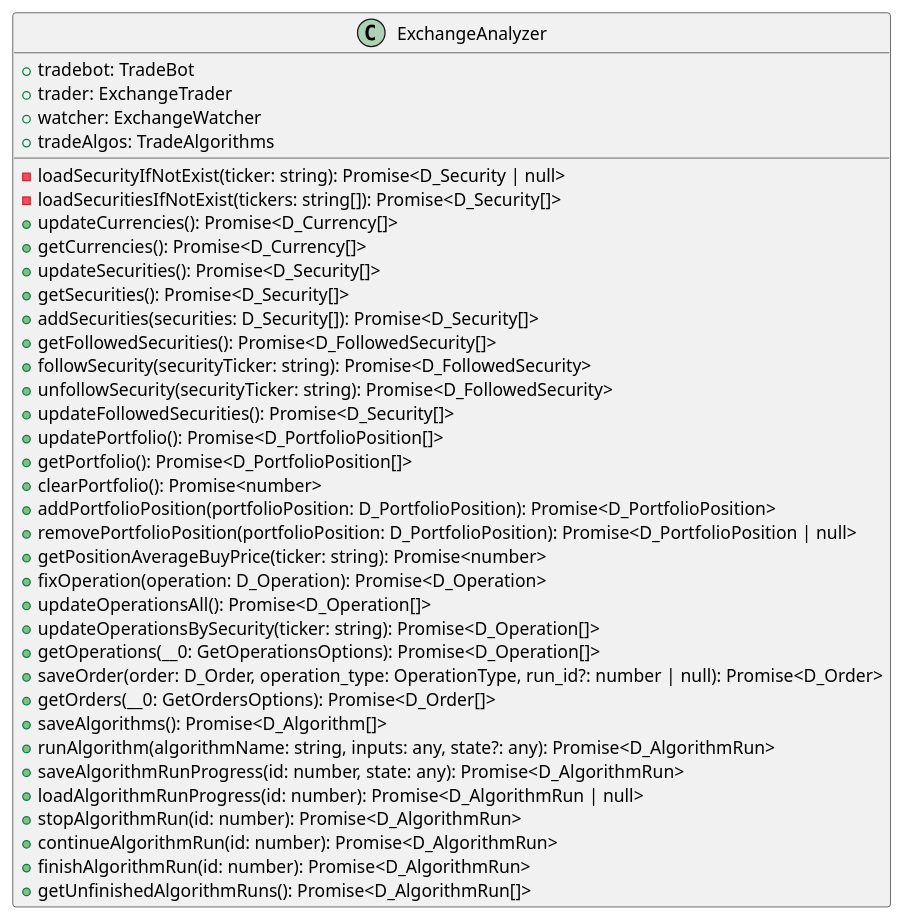
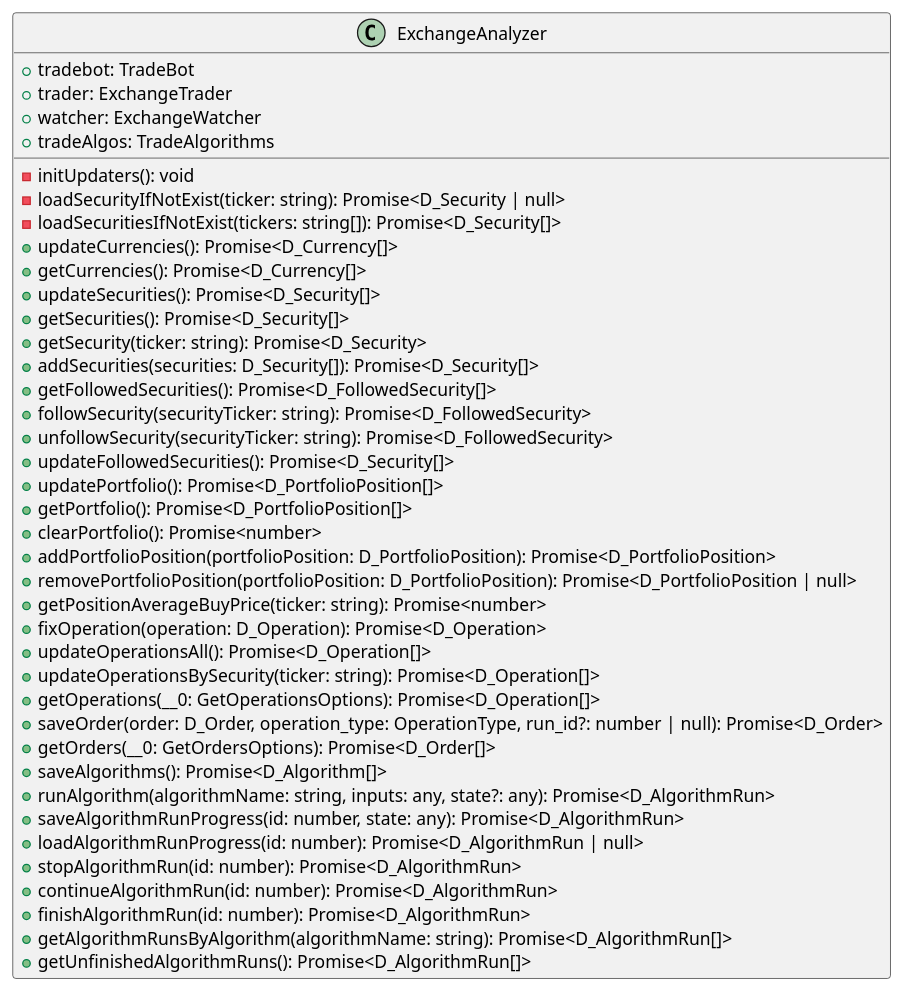
Before and after one commit to d0rich/tradeb0t: the diagram in docs/ExchangeAnalyzer.puml, drawn with PlantUML. The commit also changed 9 other files, not shown here.

```diff
--- a/docs/ExchangeAnalyzer.puml
+++ b/docs/ExchangeAnalyzer.puml
@@ -1,39 +1,42 @@
 @startuml
 class ExchangeAnalyzer {
     +tradebot: TradeBot
     +trader: ExchangeTrader
     +watcher: ExchangeWatcher
     +tradeAlgos: TradeAlgorithms
+    -initUpdaters(): void
     -loadSecurityIfNotExist(ticker: string): Promise<D_Security | null>
     -loadSecuritiesIfNotExist(tickers: string[]): Promise<D_Security[]>
     +updateCurrencies(): Promise<D_Currency[]>
     +getCurrencies(): Promise<D_Currency[]>
     +updateSecurities(): Promise<D_Security[]>
     +getSecurities(): Promise<D_Security[]>
+    +getSecurity(ticker: string): Promise<D_Security>
     +addSecurities(securities: D_Security[]): Promise<D_Security[]>
     +getFollowedSecurities(): Promise<D_FollowedSecurity[]>
     +followSecurity(securityTicker: string): Promise<D_FollowedSecurity>
     +unfollowSecurity(securityTicker: string): Promise<D_FollowedSecurity>
     +updateFollowedSecurities(): Promise<D_Security[]>
     +updatePortfolio(): Promise<D_PortfolioPosition[]>
     +getPortfolio(): Promise<D_PortfolioPosition[]>
     +clearPortfolio(): Promise<number>
     +addPortfolioPosition(portfolioPosition: D_PortfolioPosition): Promise<D_PortfolioPosition>
     +removePortfolioPosition(portfolioPosition: D_PortfolioPosition): Promise<D_PortfolioPosition | null>
     +getPositionAverageBuyPrice(ticker: string): Promise<number>
     +fixOperation(operation: D_Operation): Promise<D_Operation>
     +updateOperationsAll(): Promise<D_Operation[]>
     +updateOperationsBySecurity(ticker: string): Promise<D_Operation[]>
     +getOperations(__0: GetOperationsOptions): Promise<D_Operation[]>
     +saveOrder(order: D_Order, operation_type: OperationType, run_id?: number | null): Promise<D_Order>
     +getOrders(__0: GetOrdersOptions): Promise<D_Order[]>
     +saveAlgorithms(): Promise<D_Algorithm[]>
     +runAlgorithm(algorithmName: string, inputs: any, state?: any): Promise<D_AlgorithmRun>
     +saveAlgorithmRunProgress(id: number, state: any): Promise<D_AlgorithmRun>
     +loadAlgorithmRunProgress(id: number): Promise<D_AlgorithmRun | null>
     +stopAlgorithmRun(id: number): Promise<D_AlgorithmRun>
     +continueAlgorithmRun(id: number): Promise<D_AlgorithmRun>
     +finishAlgorithmRun(id: number): Promise<D_AlgorithmRun>
+    +getAlgorithmRunsByAlgorithm(algorithmName: string): Promise<D_AlgorithmRun[]>
     +getUnfinishedAlgorithmRuns(): Promise<D_AlgorithmRun[]>
 }
 @enduml
```
